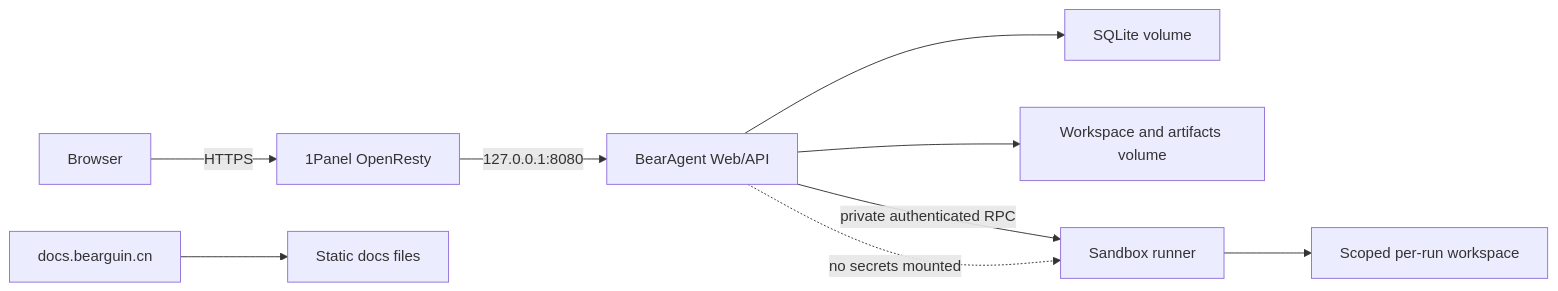
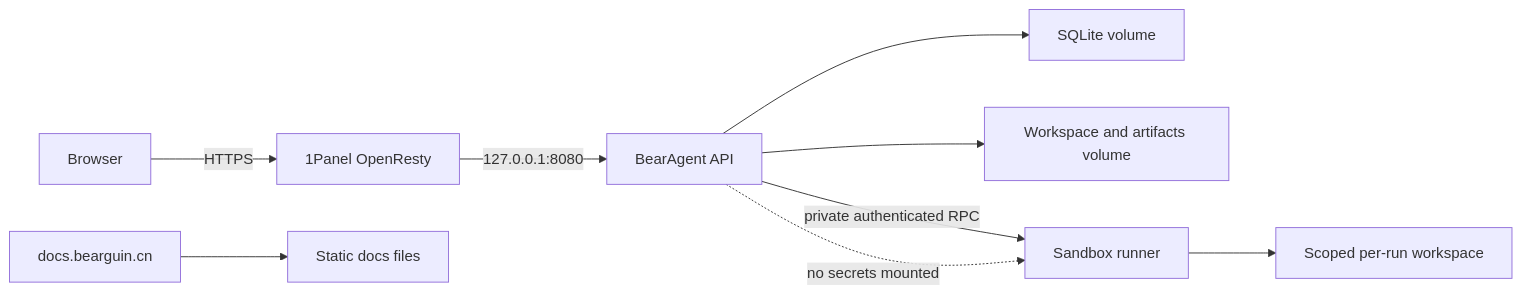
Before and after one commit to CherryYang05/BearAgent: the diagram in docs/deployment/self-hosting.md, drawn with Mermaid. The commit also changed other lines of this file and 16 other files, not shown here.

Commit message:
Refine BearAgent positioning and P1-P3 roadmap

````diff
--- a/docs/deployment/self-hosting.md
+++ b/docs/deployment/self-hosting.md
@@ -74,11 +74,11 @@
 ```mermaid
 flowchart LR
     B["Browser"] -->|HTTPS| O["1Panel OpenResty"]
-    O -->|127.0.0.1:8080| W["BearAgent Web/API"]
+    O -->|127.0.0.1:8080| W["BearAgent API"]
     W --> DB["SQLite volume"]
     W --> DATA["Workspace and artifacts volume"]
     W -->|private authenticated RPC| R["Sandbox runner"]
     R --> RW["Scoped per-run workspace"]
     W -. no secrets mounted .-> R
     D["docs.bearguin.cn"] --> S["Static docs files"]
 ```
````
